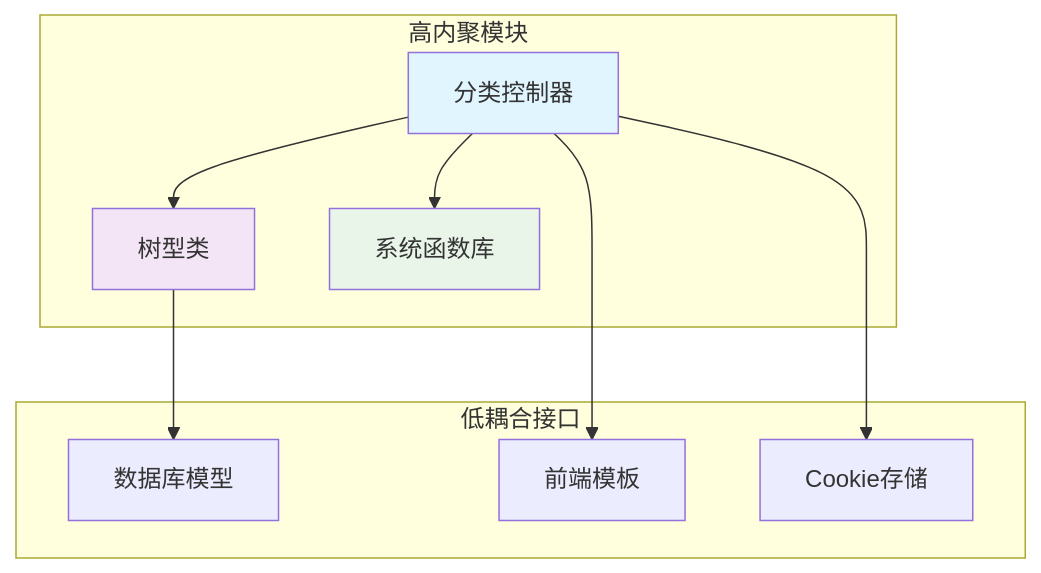
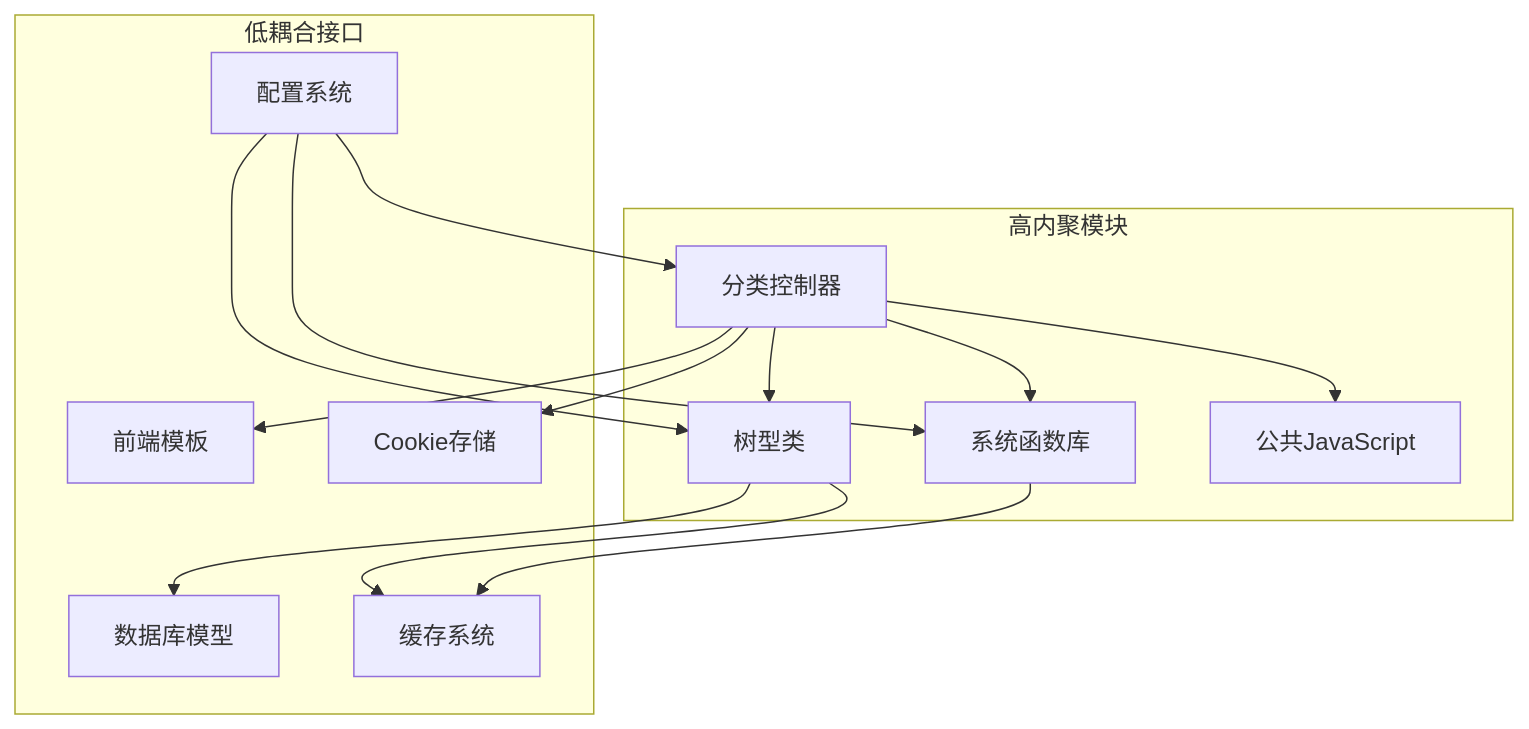
One commit to lirongyaoper/lryblog.com changed the seventh of 7 diagrams in .qoder/repowiki/zh/content/后台管理模块/分类管理/分类树形结构管理.md. Above: the diagram before and after it, drawn with Mermaid. The commit also changed other lines of this file and 8 other files, not shown here.

````diff
--- a/.qoder/repowiki/zh/content/后台管理模块/分类管理/分类树形结构管理.md
+++ b/.qoder/repowiki/zh/content/后台管理模块/分类管理/分类树形结构管理.md
@@ -291,21 +314,27 @@
 ```mermaid
 graph TB
 subgraph "高内聚模块"
 A[分类控制器]
 B[树型类]
 C[系统函数库]
+D[公共JavaScript]
 end
 subgraph "低耦合接口"
-D[数据库模型]
-E[前端模板]
-F[Cookie存储]
+E[数据库模型]
+F[前端模板]
+G[Cookie存储]
+H[缓存系统]
+I[配置系统]
 end
 A --> B
 A --> C
-B --> D
-A --> E
+A --> D
+B --> E
 A --> F
-style A fill:#e1f5fe
-style B fill:#f3e5f5
-style C fill:#e8f5e8
+A --> G
+B --> H
+C --> H
+I --> A
+I --> B
+I --> C
 ```
````
